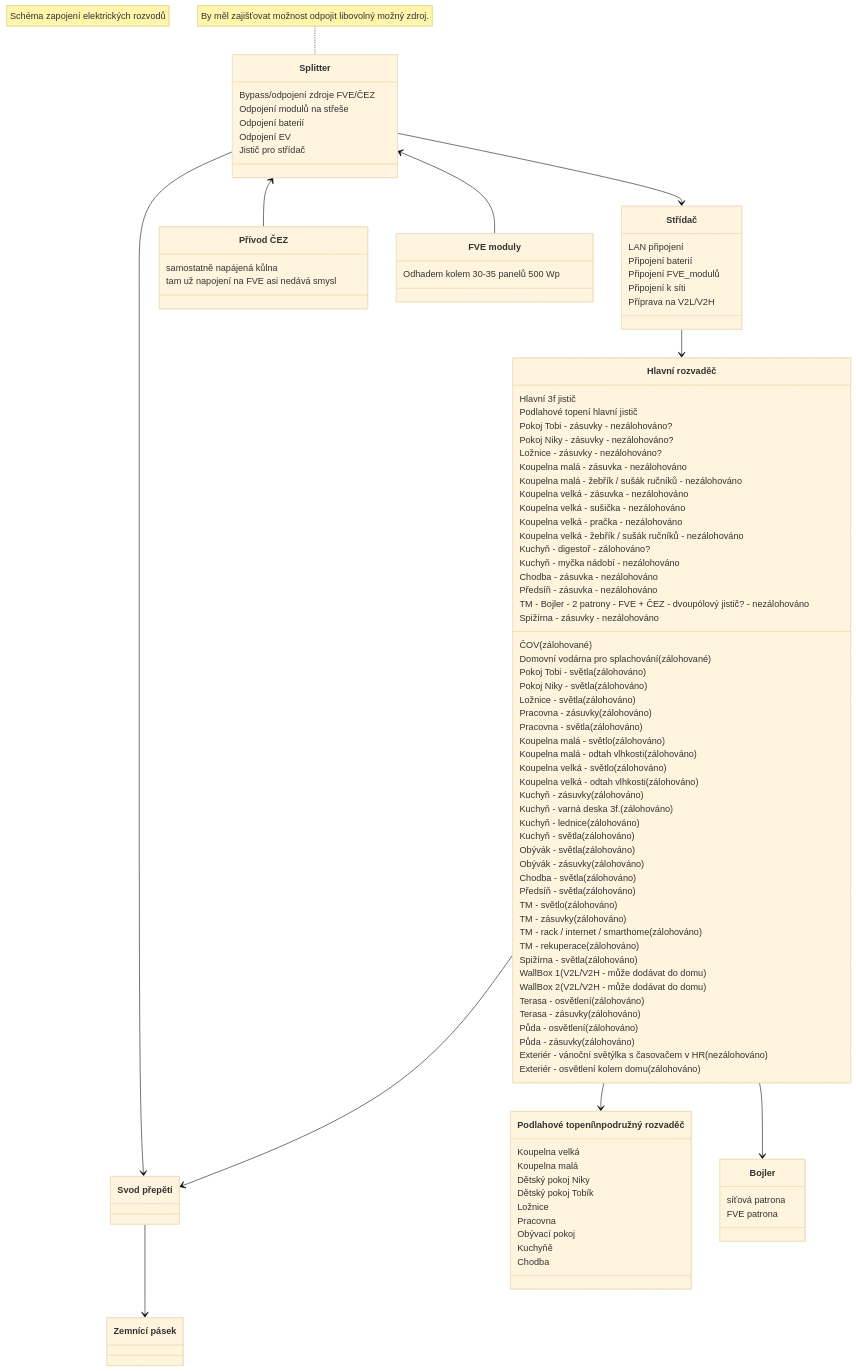
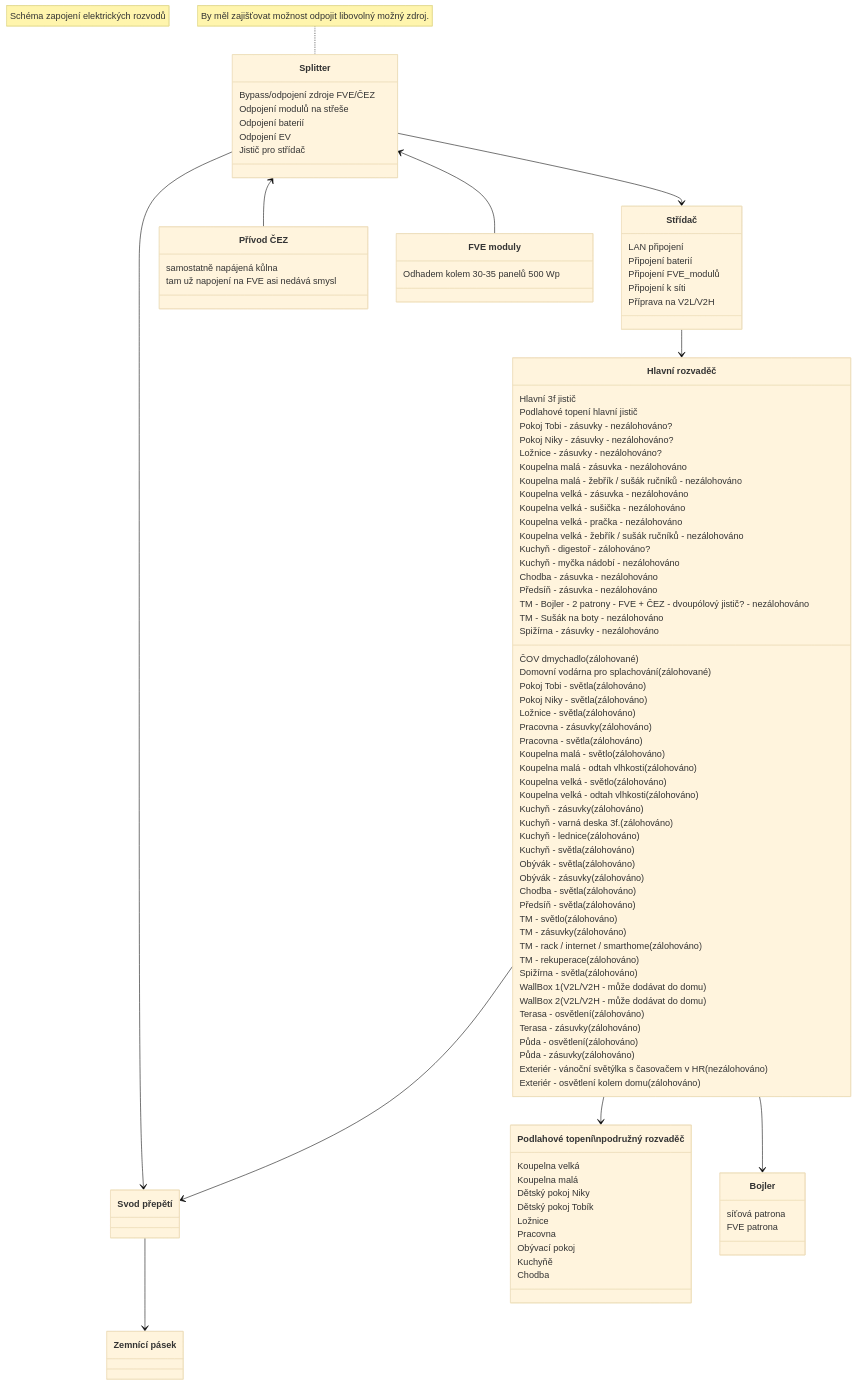
One commit to mtrakal/smrci changed the first of 2 diagrams in Elektrika.md. Above: the diagram before and after it, drawn with Mermaid (base theme). The commit also changed other lines of this file, not shown here.

Commit message:
Sušák na boty + rack

```diff
--- a/Elektrika.md
+++ b/Elektrika.md
@@ -54,7 +54,7 @@
     Hlavní 3f jistič
     Podlahové topení hlavní jistič
     
-    ČOV (zálohované)
+    ČOV dmychadlo (zálohované)
     Domovní vodárna pro splachování (zálohované)
     
     Pokoj Tobi - zásuvky - nezálohováno?
@@ -102,6 +102,7 @@
     TM - rack / internet / smarthome (zálohováno)
     TM - rekuperace (zálohováno)
     TM - Bojler - 2 patrony - FVE + ČEZ - dvoupólový jistič? - nezálohováno
+    TM - Sušák na boty - nezálohováno
     
     Spižírna - světla (zálohováno)
     Spižírna - zásuvky - nezálohováno
```
